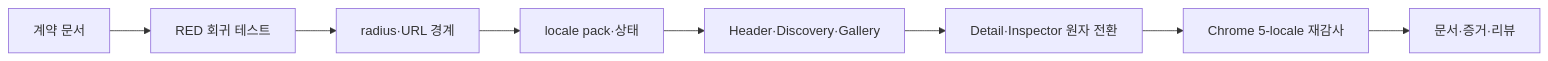
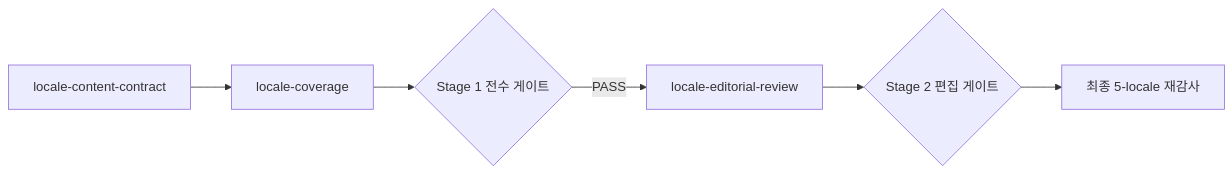
One commit to Yupkidangju/design_sample_selector changed the diagram in tasks/plan.md. Above: the diagram before and after it, drawn with Mermaid. The commit also changed other lines of this file and 143 other files, not shown here.

First line of the commit message:
feat: complete five-locale catalog editorial audit

````diff
--- a/tasks/plan.md
+++ b/tasks/plan.md
@@ -23,10 +44,8 @@
 ```mermaid
 flowchart LR
-  A[계약 문서] --> B[RED 회귀 테스트]
-  B --> C[radius·URL 경계]
-  C --> D[locale pack·상태]
-  D --> E[Header·Discovery·Gallery]
-  E --> F[Detail·Inspector 원자 전환]
-  F --> G[Chrome 5-locale 재감사]
-  G --> H[문서·증거·리뷰]
+  A[locale-content-contract] --> B[locale-coverage]
+  B --> C{Stage 1 전수 게이트}
+  C -->|PASS| D[locale-editorial-review]
+  D --> E{Stage 2 편집 게이트}
+  E --> F[최종 5-locale 재감사]
 ```
````
